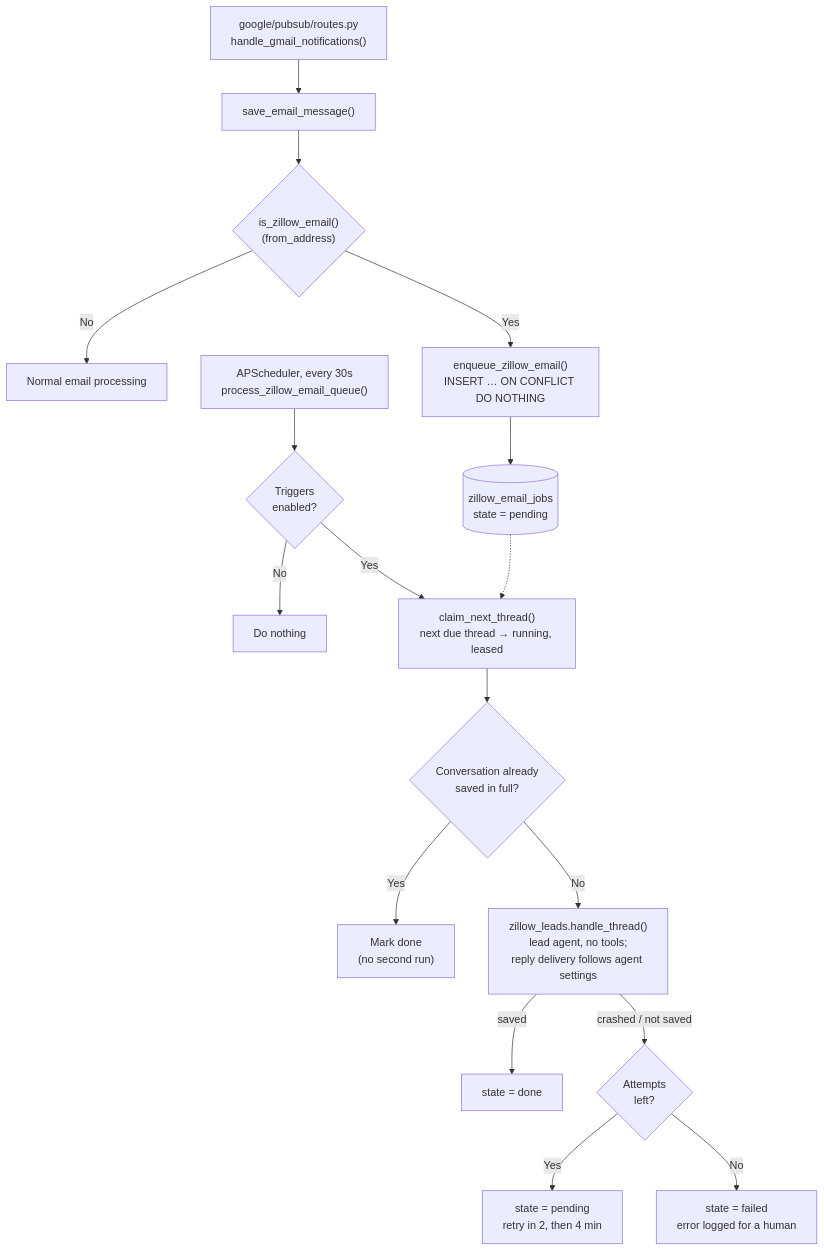
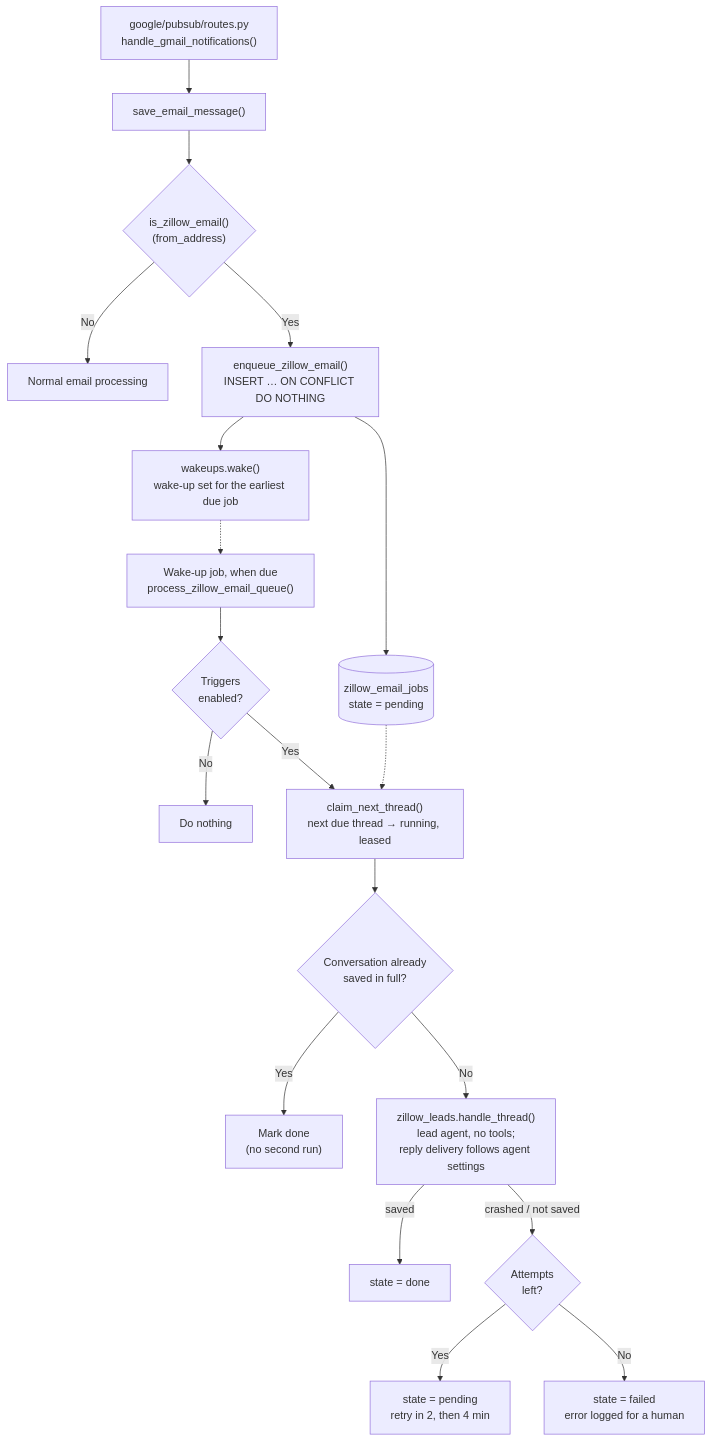
Before and after one commit to EmilioEsposito/portfolio: the diagram in api/src/zillow_leads/QUEUE.md, drawn with Mermaid. The commit also changed other lines of this file and 17 other files, not shown here.

````diff
--- a/api/src/zillow_leads/QUEUE.md
+++ b/api/src/zillow_leads/QUEUE.md
@@ -12,20 +12,22 @@
 ```mermaid
 flowchart TD
     PUBSUB["google/pubsub/routes.py<br/>handle_gmail_notifications()"] --> SAVE["save_email_message()"]
     SAVE --> CHECK{"is_zillow_email()<br/>(from_address)"}
     CHECK -->|No| DONE["Normal email processing"]
     CHECK -->|Yes| ENQ["enqueue_zillow_email()<br/>INSERT … ON CONFLICT DO NOTHING"]
     ENQ --> ROW[("zillow_email_jobs<br/>state = pending")]
+    ENQ --> WAKE["wakeups.wake()<br/>wake-up set for the earliest due job"]
 
-    TICK["APScheduler, every 30s<br/>process_zillow_email_queue()"] --> ENABLED{"Triggers<br/>enabled?"}
+    WAKE -.-> TICK["Wake-up job, when due<br/>process_zillow_email_queue()"]
+    TICK --> ENABLED{"Triggers<br/>enabled?"}
     ENABLED -->|No| IDLE["Do nothing"]
     ENABLED -->|Yes| CLAIM["claim_next_thread()<br/>next due thread → running, leased"]
     ROW -.-> CLAIM
     CLAIM --> SEEN{"Conversation already<br/>saved in full?"}
     SEEN -->|Yes| MARK["Mark done<br/>(no second run)"]
     SEEN -->|No| RUN["zillow_leads.handle_thread()<br/>lead agent, no tools;<br/>reply delivery follows agent settings"]
     RUN -->|saved| OK["state = done"]
     RUN -->|crashed / not saved| RETRY{"Attempts<br/>left?"}
     RETRY -->|Yes| BACK["state = pending<br/>retry in 2, then 4 min"]
     RETRY -->|No| DEAD["state = failed<br/>error logged for a human"]
 ```
````
